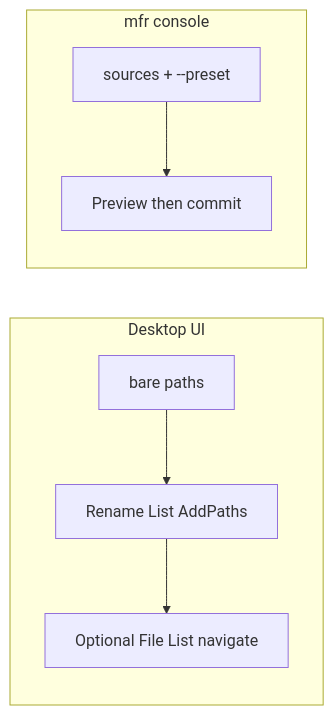
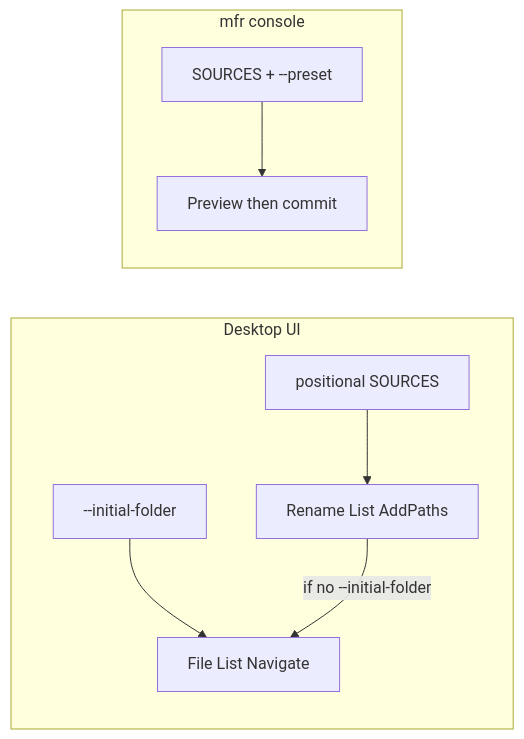
Before and after one commit to davidohana/finebytes: the diagram in docs/plans/ui-cmdline-params.plan.md, drawn with Mermaid. The commit also changed other lines of this file, not shown here.

````diff
--- a/docs/plans/ui-cmdline-params.plan.md
+++ b/docs/plans/ui-cmdline-params.plan.md
@@ -37,14 +52,17 @@
 ```mermaid
 flowchart LR
   subgraph gui [Desktop UI]
-    Paths[bare paths]
+    Sources["positional SOURCES"]
+    InitFolder["--initial-folder"]
     Add[Rename List AddPaths]
-    Nav[Optional File List navigate]
-    Paths --> Add --> Nav
+    Browse[File List Navigate]
+    Sources --> Add
+    InitFolder --> Browse
+    Add -->|"if no --initial-folder"| Browse
   end
   subgraph console [mfr console]
-    Src[sources + --preset]
+    Src["SOURCES + --preset"]
     Preview[Preview then commit]
     Src --> Preview
   end
 ```
````
